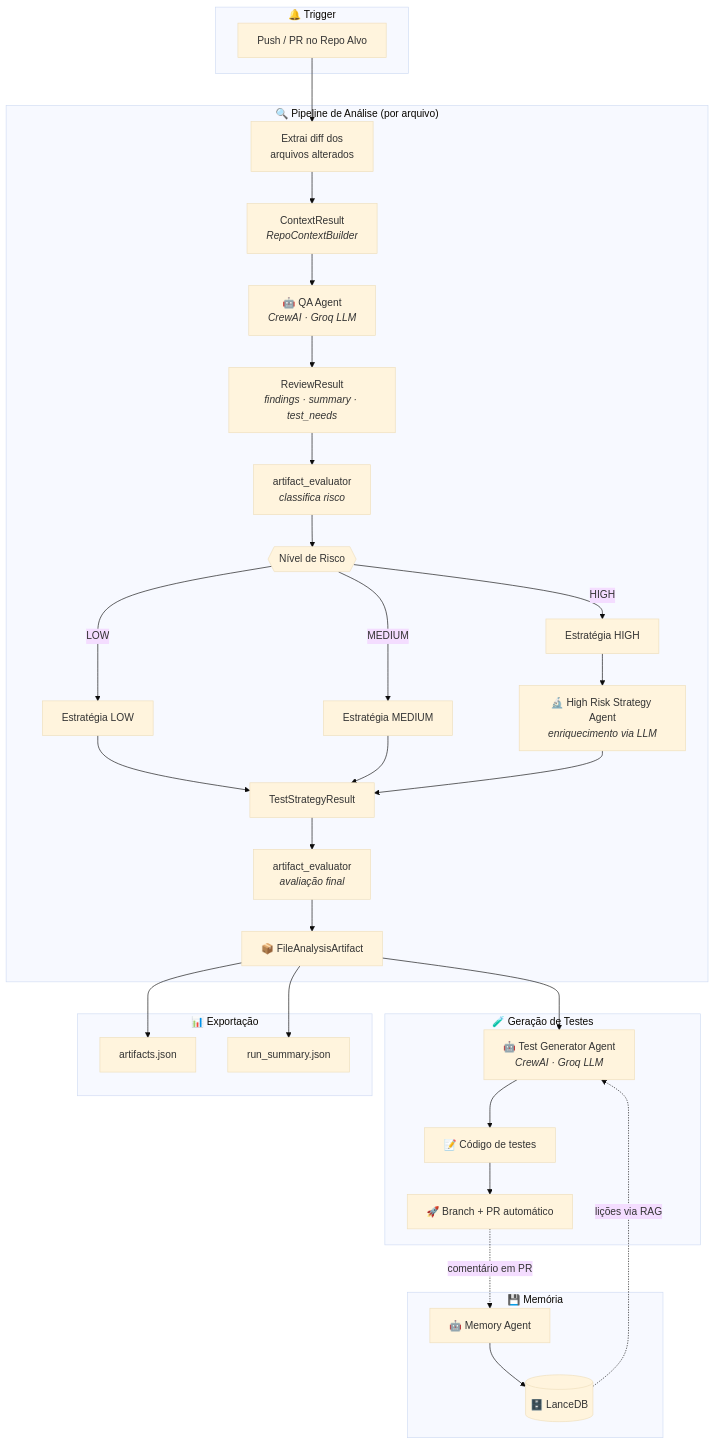
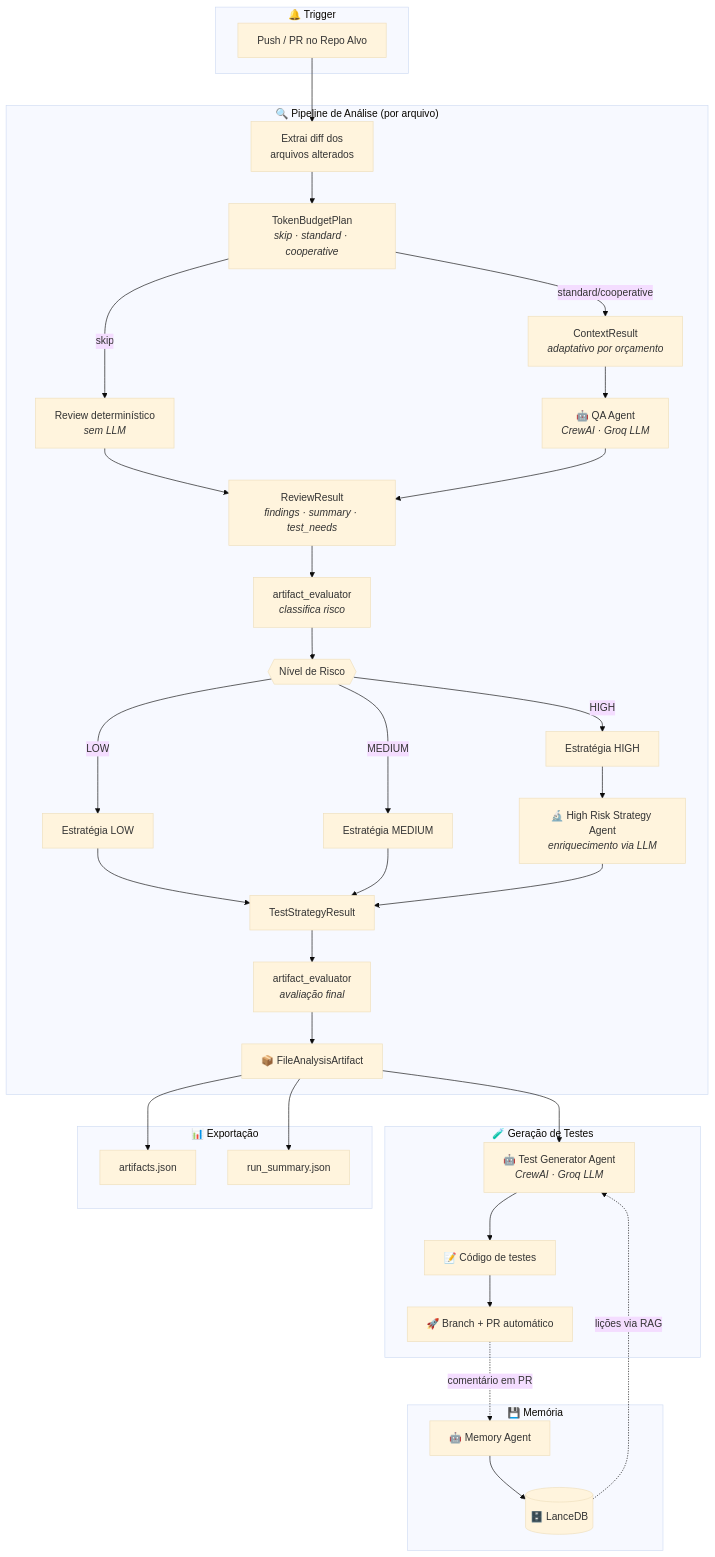
Before and after one commit to jrcosta/meu-qa-agent: the diagram in README.md, drawn with Mermaid (base theme). The commit also changed other lines of this file and 1 other file, not shown here.

Commit message:
docs: document token saver flow

````diff
--- a/README.md
+++ b/README.md
@@ -42,54 +44,58 @@
 ```mermaid
 flowchart TD
     subgraph TRIGGER ["🔔 Trigger"]
         PUSH["Push / PR no Repo Alvo"]
     end
 
     subgraph ANALYSIS ["🔍 Pipeline de Análise (por arquivo)"]
         DIFF["Extrai diff dos<br/>arquivos alterados"]
-        CTX["ContextResult<br/><i>RepoContextBuilder</i>"]
+        BUDGET["TokenBudgetPlan<br/><i>skip · standard · cooperative</i>"]
+        CTX["ContextResult<br/><i>adaptativo por orçamento</i>"]
         QA["🤖 QA Agent<br/><i>CrewAI · Groq LLM</i>"]
+        SKIP["Review determinístico<br/><i>sem LLM</i>"]
         RR["ReviewResult<br/><i>findings · summary · test_needs</i>"]
 
         EVAL["artifact_evaluator<br/><i>classifica risco</i>"]
         RISK{{"Nível de Risco"}}
         STRAT_LOW["Estratégia LOW"]
         STRAT_MED["Estratégia MEDIUM"]
         STRAT_HIGH["Estratégia HIGH"]
 
         HR_AGENT["🔬 High Risk Strategy Agent<br/><i>enriquecimento via LLM</i>"]
         TSR["TestStrategyResult"]
         EVAL_FINAL["artifact_evaluator<br/><i>avaliação final</i>"]
         ARTIFACT["📦 FileAnalysisArtifact"]
     end
 
     subgraph TESTGEN ["🧪 Geração de Testes"]
         TEST_AGENT["🤖 Test Generator Agent<br/><i>CrewAI · Groq LLM</i>"]
         CODE["📝 Código de testes"]
         PR_OPEN["🚀 Branch + PR automático"]
     end
 
     subgraph EXPORT ["📊 Exportação"]
         JSON["artifacts.json"]
         SUMMARY["run_summary.json"]
     end
 
     subgraph MEM_FLOW ["💾 Memória"]
         MEM_AGENT["🤖 Memory Agent"]
         LANCEDB[("🗄️ LanceDB")]
     end
 
-    PUSH --> DIFF --> CTX --> QA --> RR
+    PUSH --> DIFF --> BUDGET
+    BUDGET -->|skip| SKIP --> RR
+    BUDGET -->|standard/cooperative| CTX --> QA --> RR
     RR --> EVAL --> RISK
     RISK -->|LOW| STRAT_LOW --> TSR
     RISK -->|MEDIUM| STRAT_MED --> TSR
     RISK -->|HIGH| STRAT_HIGH --> HR_AGENT --> TSR
     TSR --> EVAL_FINAL --> ARTIFACT
 
     ARTIFACT --> TEST_AGENT --> CODE --> PR_OPEN
     ARTIFACT --> JSON
     ARTIFACT --> SUMMARY
 
     PR_OPEN -.->|"comentário em PR"| MEM_AGENT --> LANCEDB
     LANCEDB -.->|"lições via RAG"| TEST_AGENT
 ```
````
